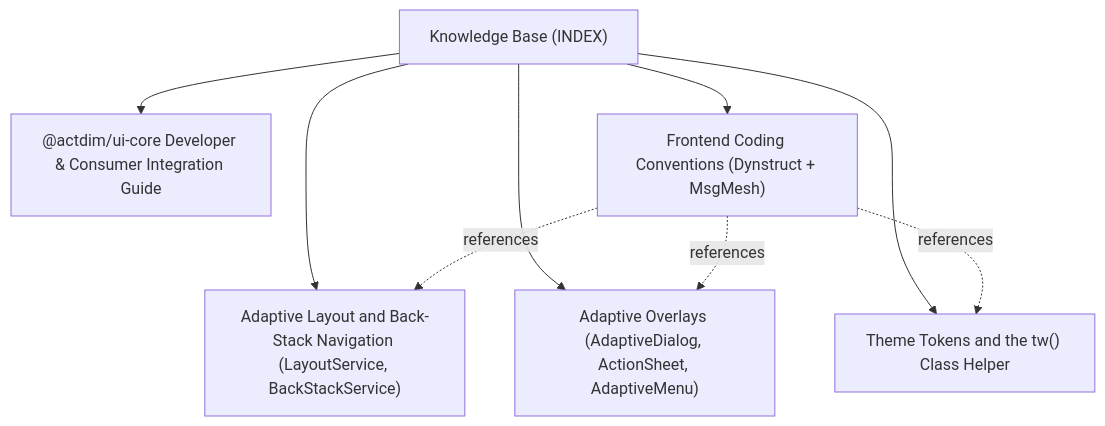
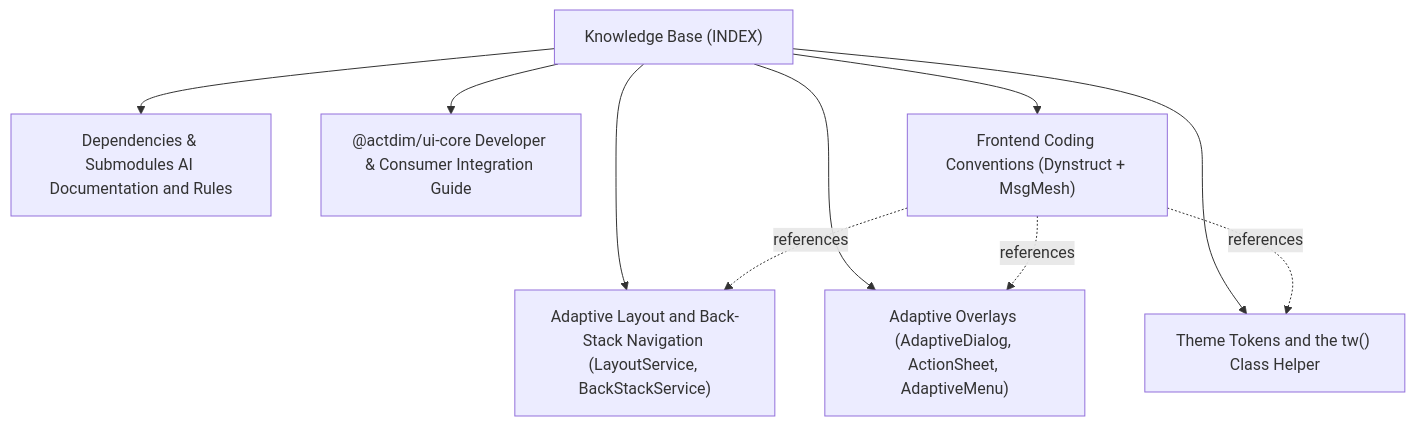
The diagram in docs/INDEX.md (actdim/ui-core), drawn with Mermaid before and after one commit. The commit also changed other lines of this file and 3 other files, not shown here.

````diff
--- a/docs/INDEX.md
+++ b/docs/INDEX.md
@@ -17,17 +17,19 @@
 ```mermaid
 flowchart TD
     INDEX["Knowledge Base (INDEX)"]
     T_ADAPTIVE_LAYOUT["Adaptive Layout and Back-Stack Navigation (LayoutService, BackStackService)"]
     INDEX --> T_ADAPTIVE_LAYOUT
     T_ADAPTIVE_OVERLAYS["Adaptive Overlays (AdaptiveDialog, ActionSheet, AdaptiveMenu)"]
     INDEX --> T_ADAPTIVE_OVERLAYS
+    T_DEPENDENCIES["Dependencies & Submodules AI Documentation and Rules"]
+    INDEX --> T_DEPENDENCIES
     T_DEVELOPER_GUIDE["@actdim/ui-core Developer & Consumer Integration Guide"]
     INDEX --> T_DEVELOPER_GUIDE
     T_FRONTEND_CONVENTIONS["Frontend Coding Conventions (Dynstruct + MsgMesh)"]
     INDEX --> T_FRONTEND_CONVENTIONS
     T_THEME_TOKENS["Theme Tokens and the tw() Class Helper"]
     INDEX --> T_THEME_TOKENS
     T_FRONTEND_CONVENTIONS -.->|references| T_THEME_TOKENS
     T_FRONTEND_CONVENTIONS -.->|references| T_ADAPTIVE_OVERLAYS
     T_FRONTEND_CONVENTIONS -.->|references| T_ADAPTIVE_LAYOUT
 ```
````
